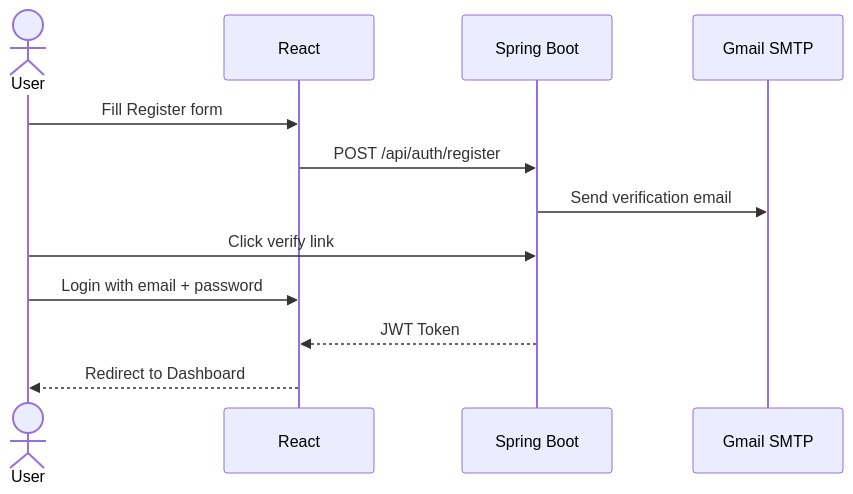
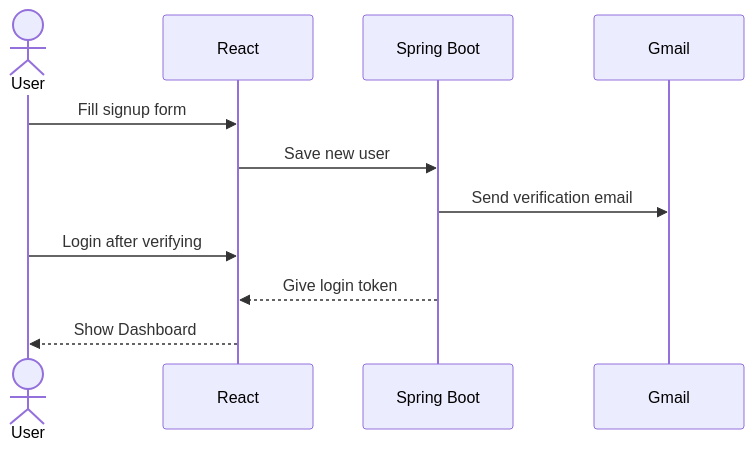
The third of 6 diagrams in Assignment 6/Assignment6.md (ziyadhussain23/Argus), drawn with Mermaid before and after one commit. The commit also changed other lines of this file, not shown here.

````diff
--- a/Assignment 6/Assignment6.md
+++ b/Assignment 6/Assignment6.md
@@ -230,14 +206,10 @@
 ```mermaid
 sequenceDiagram
     actor User
-    participant React
-    participant Spring as Spring Boot
-    participant Email as Gmail SMTP
-    User->>React: Fill Register form
-    React->>Spring: POST /api/auth/register
-    Spring->>Email: Send verification email
-    User->>Spring: Click verify link
-    User->>React: Login with email + password
-    Spring-->>React: JWT Token
-    React-->>User: Redirect to Dashboard
+    User->>React: Fill signup form
+    React->>Spring Boot: Save new user
+    Spring Boot->>Gmail: Send verification email
+    User->>React: Login after verifying
+    Spring Boot-->>React: Give login token
+    React-->>User: Show Dashboard
 ```
````
